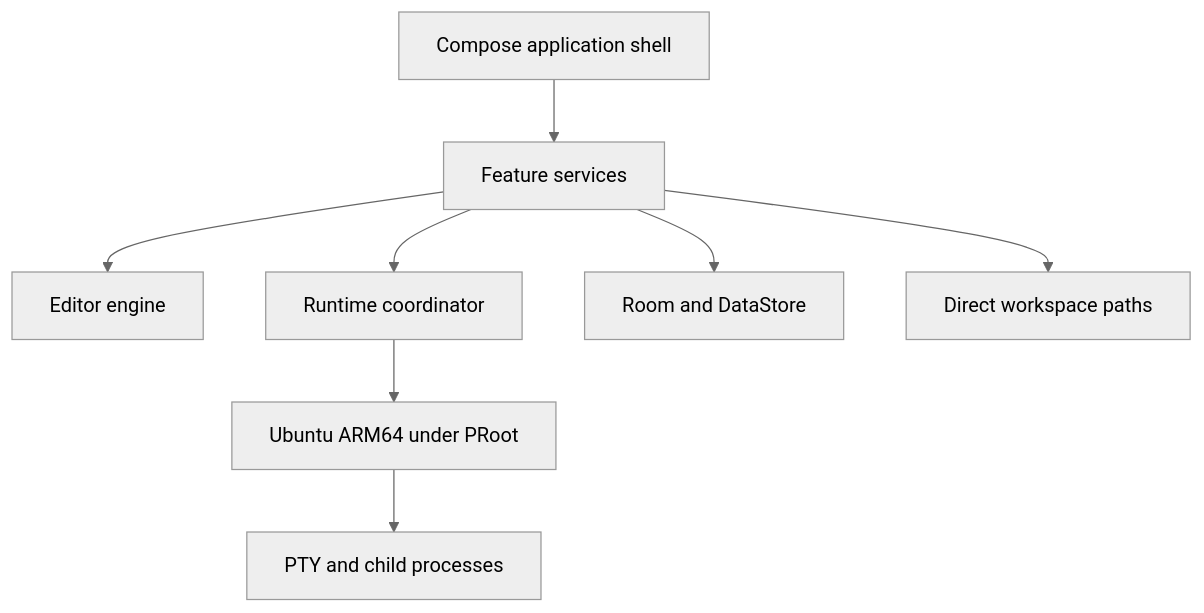
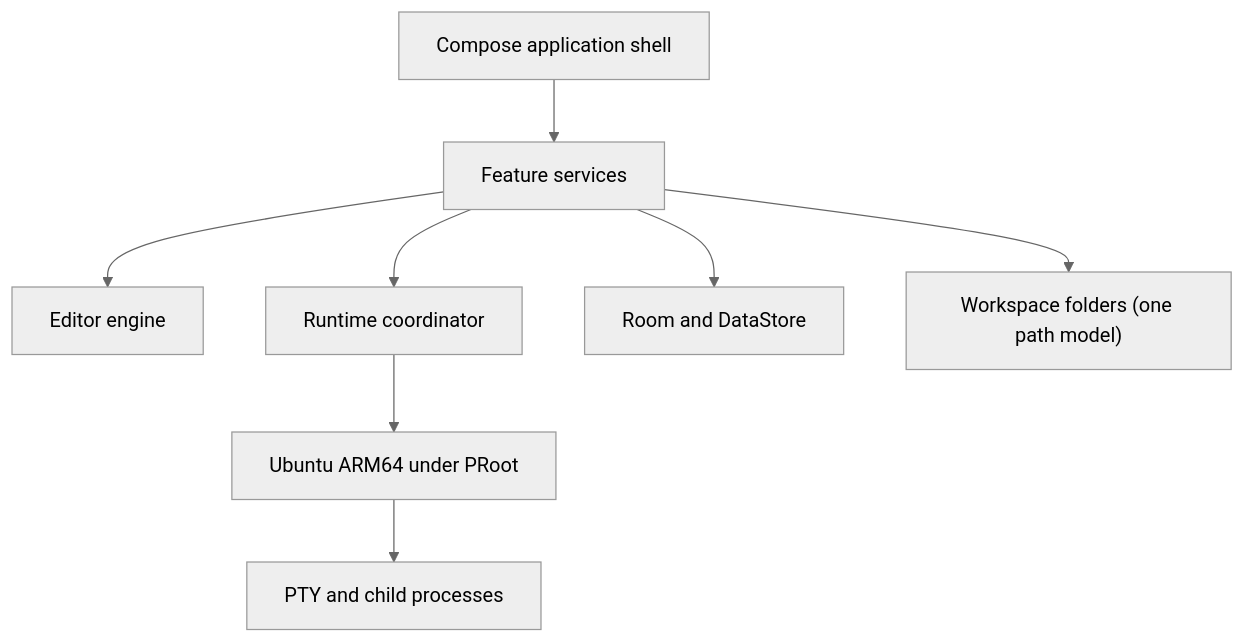
Before and after one commit to itzmejanak/iCode: the second of 2 diagrams in docs/architecture.md, drawn with Mermaid (neutral theme). The commit also changed other lines of this file and 48 other files, not shown here.

````diff
--- a/docs/architecture.md
+++ b/docs/architecture.md
@@ -110,10 +110,10 @@
 ```mermaid
 flowchart TD
     C["Compose application shell"] --> F["Feature services"]
     F --> E["Editor engine"]
     F --> P["Runtime coordinator"]
     P --> L["Ubuntu ARM64 under PRoot"]
     L --> X["PTY and child processes"]
     F --> S["Room and DataStore"]
-    F --> O["Direct workspace paths"]
+    F --> O["Workspace folders (one path model)"]
 ```
````
